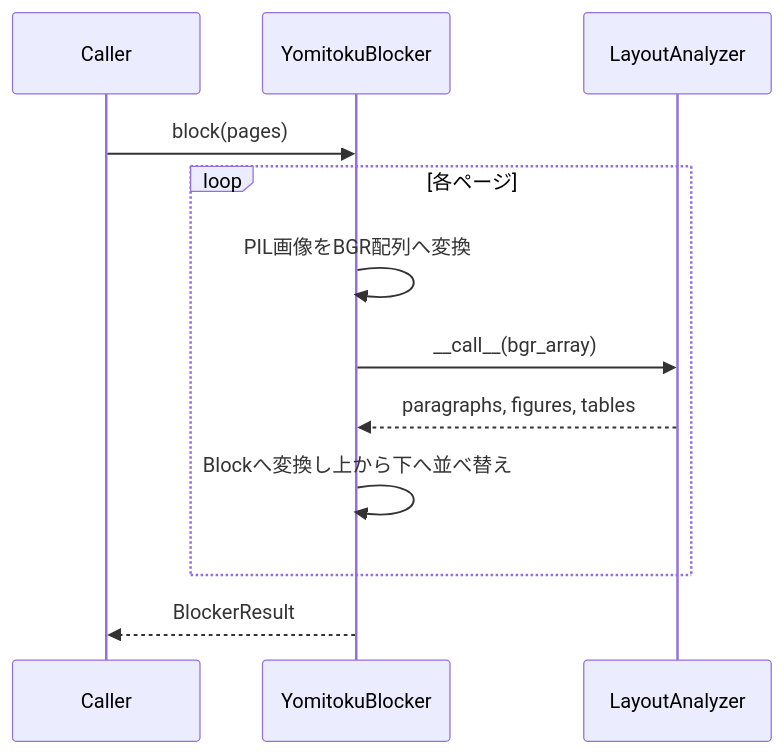
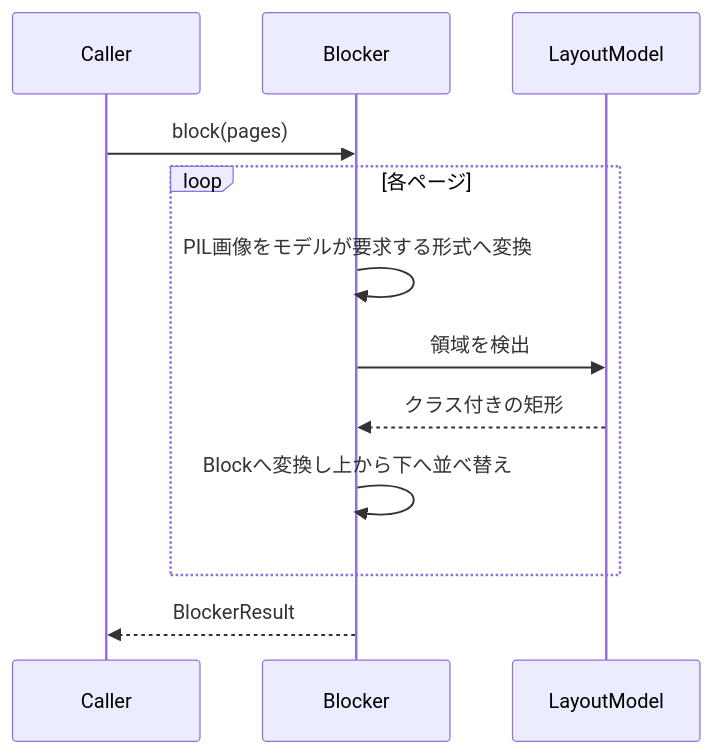
One commit to konbraphat51/SuperSuat changed the second of 2 diagrams in Uploader/OcrModule/Blocked/Docs/Blocker.ja.md. Above: the diagram before and after it, drawn with Mermaid. The commit also changed other lines of this file and 1 other file, not shown here.

Commit message:
docs: describe the DocLayout-YOLO and PP-StructureV3 blockers

````diff
--- a/Uploader/OcrModule/Blocked/Docs/Blocker.ja.md
+++ b/Uploader/OcrModule/Blocked/Docs/Blocker.ja.md
@@ -44,14 +56,14 @@
 ```mermaid
 sequenceDiagram
     participant Caller
-    participant YomitokuBlocker
-    participant LayoutAnalyzer
-    Caller->>YomitokuBlocker: block(pages)
+    participant Blocker
+    participant LayoutModel
+    Caller->>Blocker: block(pages)
     loop 各ページ
-        YomitokuBlocker->>YomitokuBlocker: PIL画像をBGR配列へ変換
-        YomitokuBlocker->>LayoutAnalyzer: __call__(bgr_array)
-        LayoutAnalyzer-->>YomitokuBlocker: paragraphs, figures, tables
-        YomitokuBlocker->>YomitokuBlocker: Blockへ変換し上から下へ並べ替え
+        Blocker->>Blocker: PIL画像をモデルが要求する形式へ変換
+        Blocker->>LayoutModel: 領域を検出
+        LayoutModel-->>Blocker: クラス付きの矩形
+        Blocker->>Blocker: Blockへ変換し上から下へ並べ替え
     end
-    YomitokuBlocker-->>Caller: BlockerResult
+    Blocker-->>Caller: BlockerResult
 ```
````
